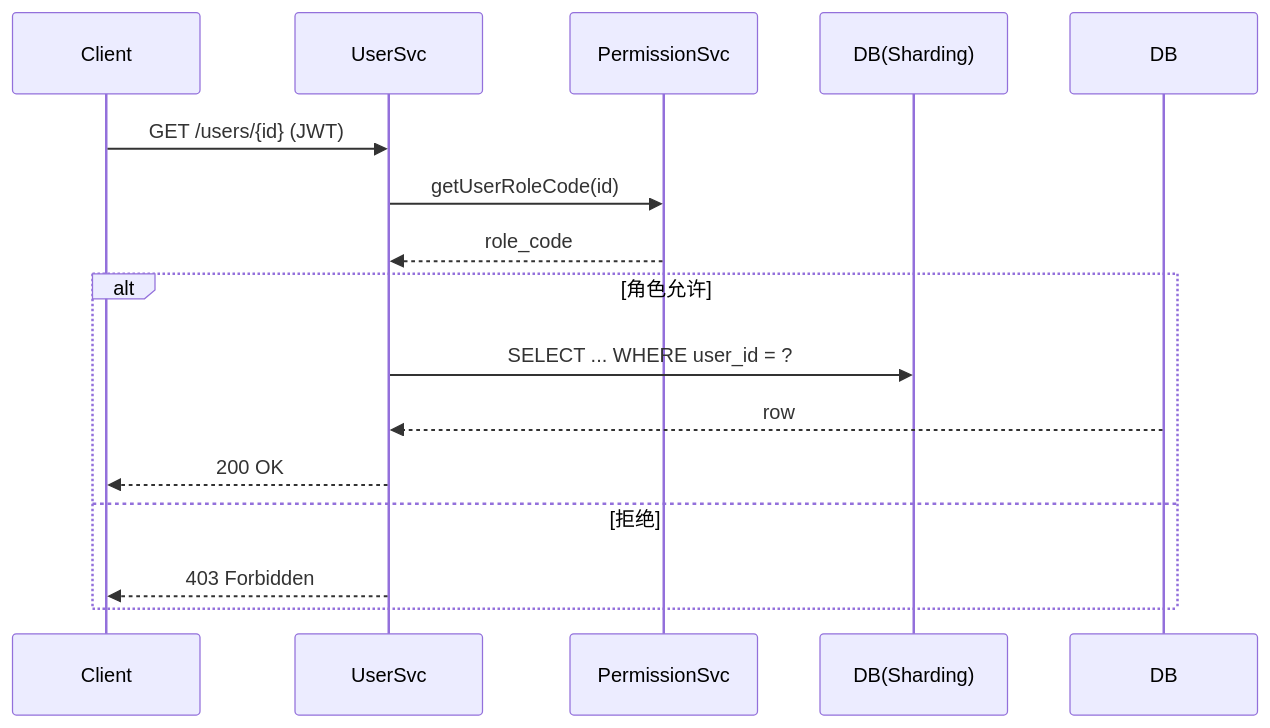
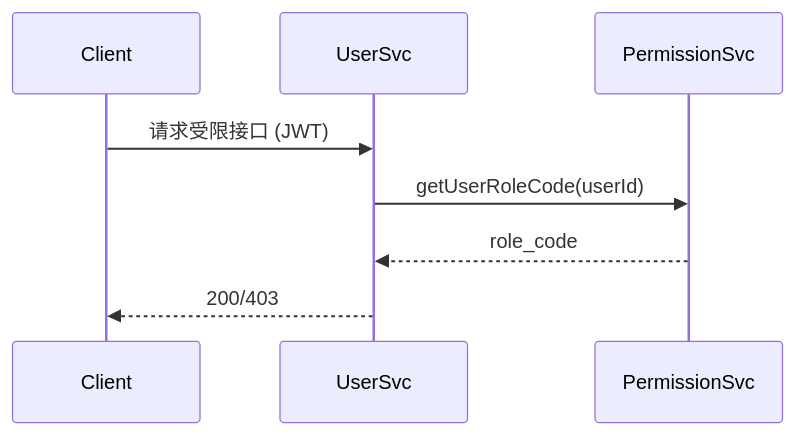
The third of 3 diagrams in 设计文档.md (Ho-da-ka/AuthDemo), drawn with Mermaid before and after one commit. The commit also changed other lines of this file and 55 other files, not shown here.

````diff
--- a/设计文档.md
+++ b/设计文档.md
@@ -196,13 +142,7 @@
 ```mermaid
 sequenceDiagram
-Client->>UserSvc: GET /users/{id} (JWT)
-UserSvc->>PermissionSvc: getUserRoleCode(id)
+Client->>UserSvc: 请求受限接口 (JWT)
+UserSvc->>PermissionSvc: getUserRoleCode(userId)
 PermissionSvc-->>UserSvc: role_code
-alt 角色允许
-    UserSvc->>DB(Sharding): SELECT ... WHERE user_id = ?
-    DB-->>UserSvc: row
-    UserSvc-->>Client: 200 OK
-else 拒绝
-    UserSvc-->>Client: 403 Forbidden
-end
+UserSvc-->>Client: 200/403
 ```
````
